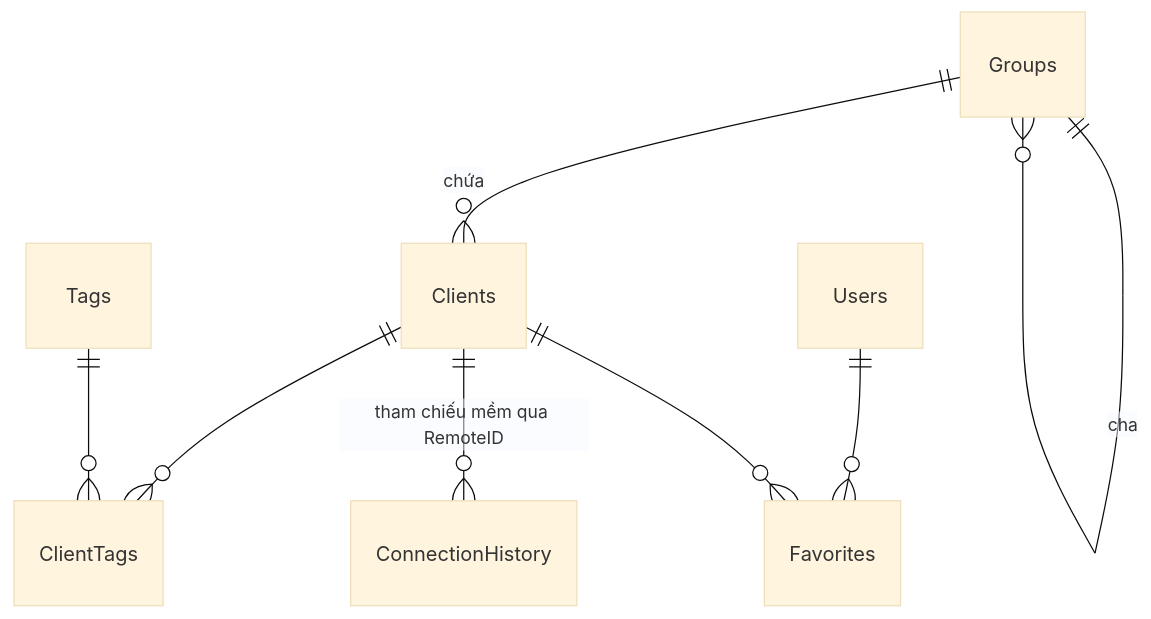
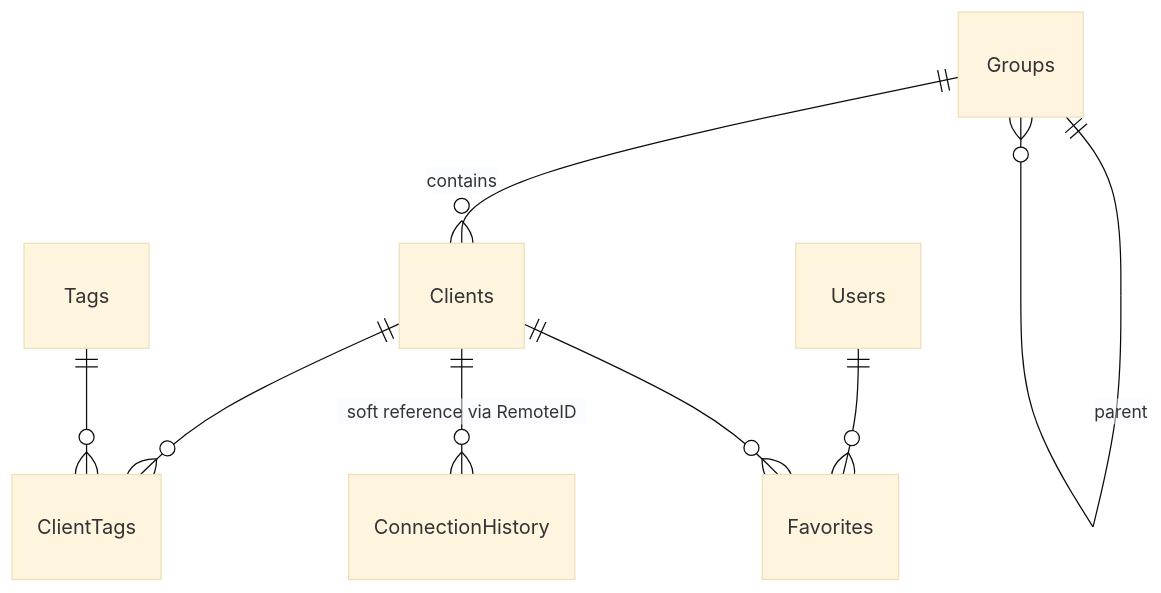
The diagram in docs/03-Database.md (DungAnDuong/Remote-Destop-Manager), drawn with Mermaid (base theme) before and after one commit. The commit also changed other lines of this file and 7 other files, not shown here.

````diff
--- a/docs/03-Database.md
+++ b/docs/03-Database.md
@@ -9,10 +9,10 @@
 ```mermaid
 erDiagram
-  Groups ||--o{ Clients : "chứa"
-  Groups ||--o{ Groups : "cha"
+  Groups ||--o{ Clients : "contains"
+  Groups ||--o{ Groups : "parent"
   Clients ||--o{ ClientTags : ""
   Tags ||--o{ ClientTags : ""
   Users ||--o{ Favorites : ""
   Clients ||--o{ Favorites : ""
-  Clients ||--o{ ConnectionHistory : "tham chiếu mềm qua RemoteID"
+  Clients ||--o{ ConnectionHistory : "soft reference via RemoteID"
 ```
````
